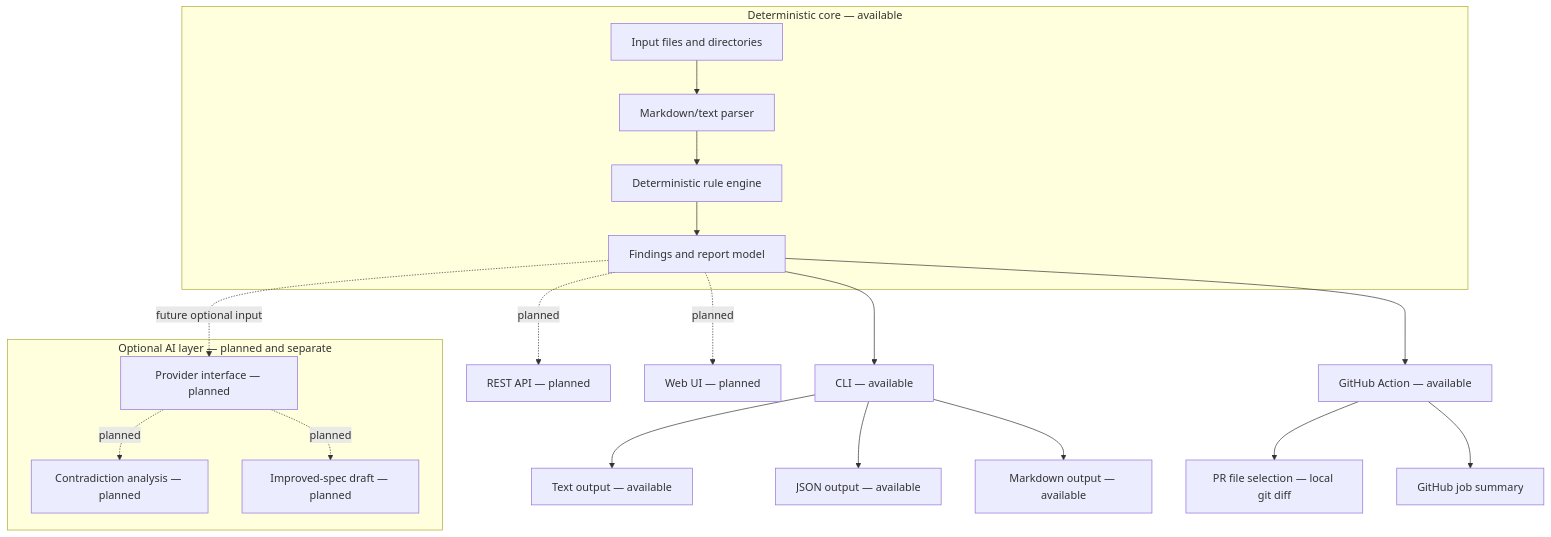
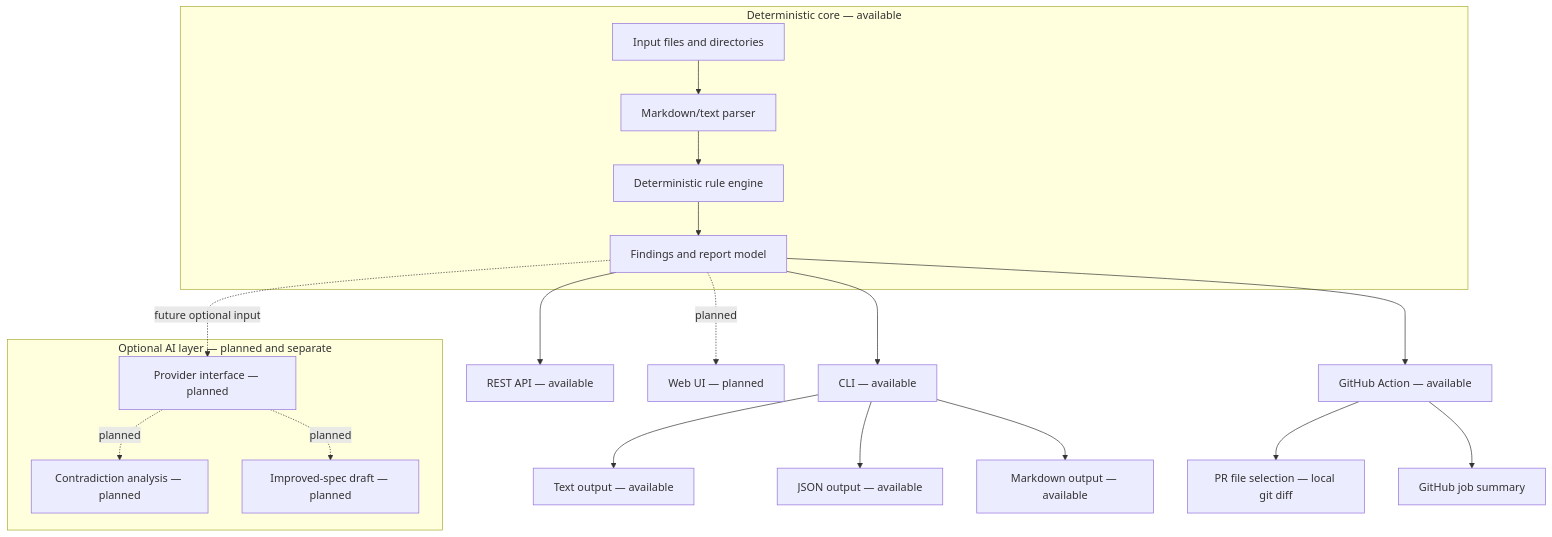
One commit to specforgeart/specforge-gate changed the diagram in docs/architecture.md. Above: the diagram before and after it, drawn with Mermaid. The commit also changed other lines of this file and 20 other files, not shown here.

First line of the commit message:
feat: add stateless REST API (#22)

````diff
--- a/docs/architecture.md
+++ b/docs/architecture.md
@@ -5,29 +5,29 @@
 ```mermaid
 flowchart TD
     subgraph Core["Deterministic core — available"]
         A["Input files and directories"] --> B["Markdown/text parser"]
         B --> C["Deterministic rule engine"]
         C --> D["Findings and report model"]
     end
 
     D --> E["CLI — available"]
     E --> F["Text output — available"]
     E --> G["JSON output — available"]
     E --> H["Markdown output — available"]
 
     D --> I["GitHub Action — available"]
     I --> O["PR file selection — local git diff"]
     I --> P["GitHub job summary"]
-    D -. planned .-> J["REST API — planned"]
+    D --> J["REST API — available"]
     D -. planned .-> K["Web UI — planned"]
 
     subgraph AI["Optional AI layer — planned and separate"]
         L["Provider interface — planned"]
         M["Contradiction analysis — planned"]
         N["Improved-spec draft — planned"]
     end
 
     D -. future optional input .-> L
     L -. planned .-> M
     L -. planned .-> N
 ```
````
